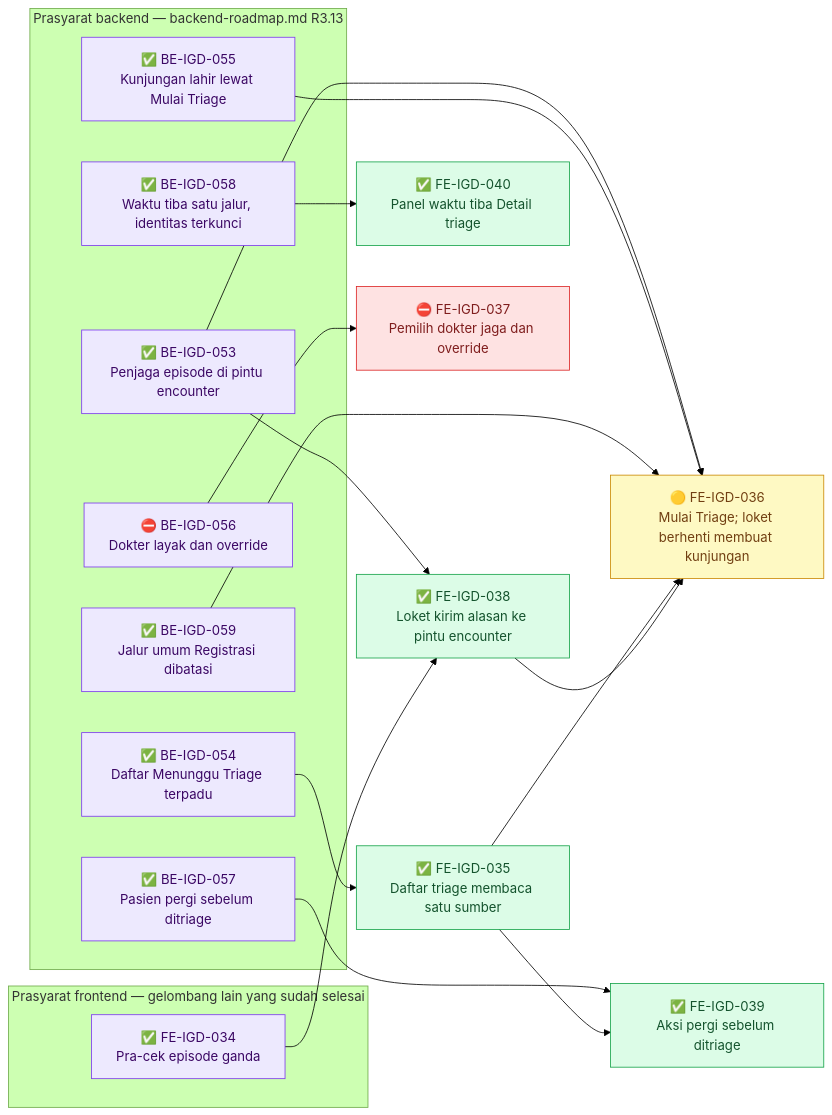
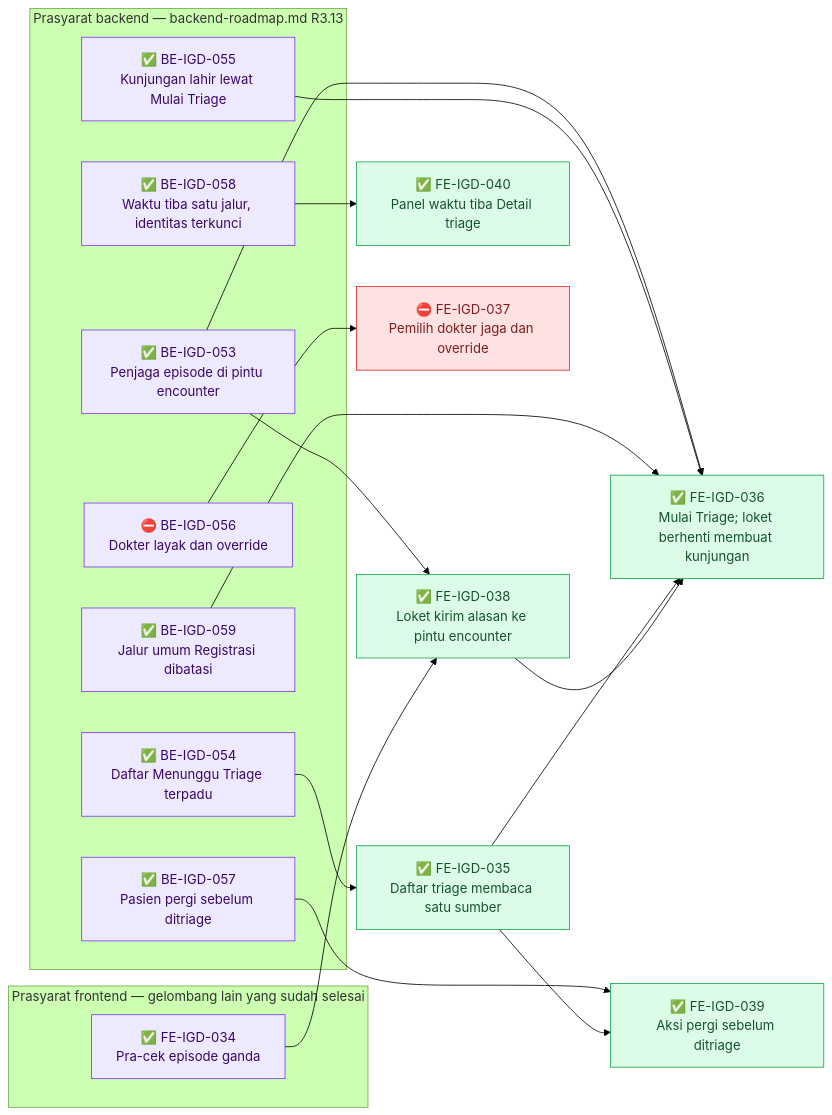
Before and after one commit to DevBenari/NewQuilvianSystemBackend: diagram 11 of 12 in docs/module-blueprints/igd/roadmap/frontend-roadmap.md, drawn with Mermaid (forest theme). The commit also changed other lines of this file and 6 other files, not shown here.

First line of the commit message:
docs(igd): FE-IGD-036 selesai sesudah uji ulang loket; MVP-7 13/13, C4 lunas

````diff
--- a/docs/module-blueprints/igd/roadmap/frontend-roadmap.md
+++ b/docs/module-blueprints/igd/roadmap/frontend-roadmap.md
@@ -1264,42 +1264,42 @@
 ```mermaid
 flowchart LR
     classDef selesai fill:#DCFCE7,stroke:#16A34A,color:#14532D
     classDef sebagian fill:#FEF9C3,stroke:#CA8A04,color:#713F12
     classDef terblokir fill:#FEE2E2,stroke:#DC2626,color:#7F1D1D
     classDef belum fill:#F1F5F9,stroke:#64748B,color:#0F172A
     classDef luar fill:#EDE9FE,stroke:#7C3AED,color:#3B0764
 
     subgraph backend["Prasyarat backend — backend-roadmap.md R3.13"]
         BEIGD053["✅ BE-IGD-053<br/>Penjaga episode di pintu encounter"]:::luar
         BEIGD054["✅ BE-IGD-054<br/>Daftar Menunggu Triage terpadu"]:::luar
         BEIGD055["✅ BE-IGD-055<br/>Kunjungan lahir lewat Mulai Triage"]:::luar
         BEIGD056["⛔ BE-IGD-056<br/>Dokter layak dan override"]:::luar
         BEIGD057["✅ BE-IGD-057<br/>Pasien pergi sebelum ditriage"]:::luar
         BEIGD058["✅ BE-IGD-058<br/>Waktu tiba satu jalur, identitas terkunci"]:::luar
         BEIGD059["✅ BE-IGD-059<br/>Jalur umum Registrasi dibatasi"]:::luar
     end
 
     subgraph frontendlain["Prasyarat frontend — gelombang lain yang sudah selesai"]
         FEIGD034["✅ FE-IGD-034<br/>Pra-cek episode ganda"]:::luar
     end
 
     FEIGD035["✅ FE-IGD-035<br/>Daftar triage membaca satu sumber"]:::selesai
     FEIGD038["✅ FE-IGD-038<br/>Loket kirim alasan ke pintu encounter"]:::selesai
     FEIGD040["✅ FE-IGD-040<br/>Panel waktu tiba Detail triage"]:::selesai
     FEIGD039["✅ FE-IGD-039<br/>Aksi pergi sebelum ditriage"]:::selesai
-    FEIGD036["🟡 FE-IGD-036<br/>Mulai Triage; loket berhenti membuat kunjungan"]:::sebagian
+    FEIGD036["✅ FE-IGD-036<br/>Mulai Triage; loket berhenti membuat kunjungan"]:::selesai
     FEIGD037["⛔ FE-IGD-037<br/>Pemilih dokter jaga dan override"]:::terblokir
 
     BEIGD054 --> FEIGD035
     BEIGD053 --> FEIGD038
     FEIGD034 --> FEIGD038
     BEIGD058 --> FEIGD040
     BEIGD057 --> FEIGD039
     FEIGD035 --> FEIGD039
     BEIGD053 --> FEIGD036
     BEIGD055 --> FEIGD036
     BEIGD059 --> FEIGD036
     FEIGD035 --> FEIGD036
     FEIGD038 --> FEIGD036
     BEIGD056 --> FEIGD037
 ```
````
